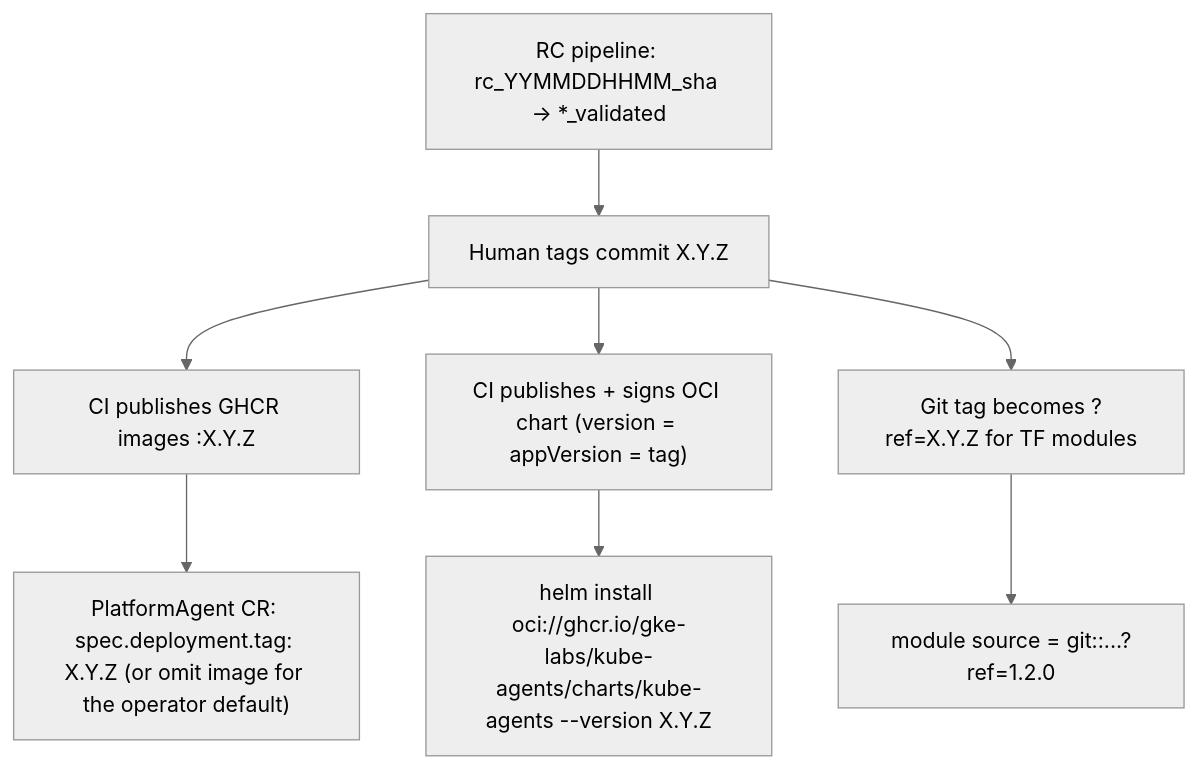
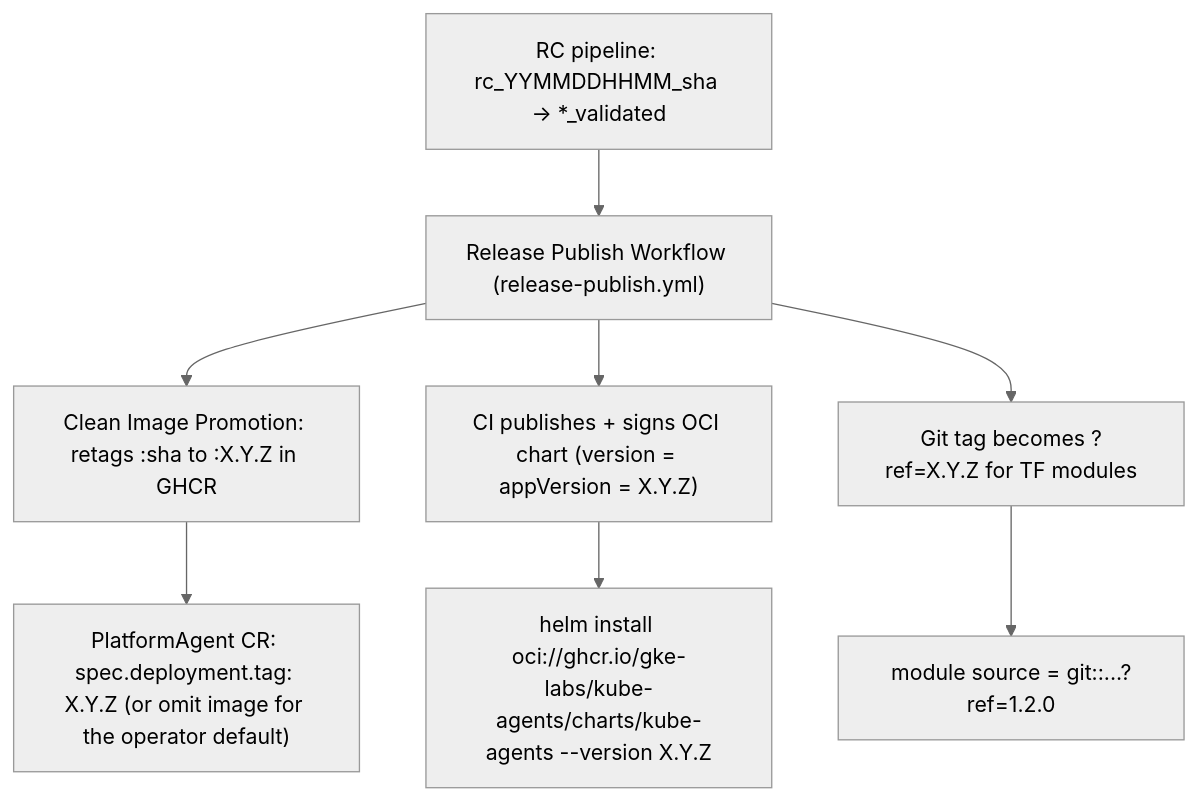
One commit to gke-agentic/kube-agents changed the diagram in docs/designs/semver-deployment-versioning.md. Above: the diagram before and after it, drawn with Mermaid (neutral theme). The commit also changed other lines of this file and 2 other files, not shown here.

Commit message:
docs(release): synchronize documentation with clean promotion and workflow dispatch

````diff
--- a/docs/designs/semver-deployment-versioning.md
+++ b/docs/designs/semver-deployment-versioning.md
@@ -51,10 +51,10 @@
 ```mermaid
 graph TD
-    A["RC pipeline: rc_YYMMDDHHMM_sha → *_validated"] --> B["Human tags commit X.Y.Z"]
-    B --> C["CI publishes GHCR images :X.Y.Z"]
-    B --> D["CI publishes + signs OCI chart (version = appVersion = tag)"]
+    A["RC pipeline: rc_YYMMDDHHMM_sha → *_validated"] --> B["Release Publish Workflow (release-publish.yml)"]
+    B --> C["Clean Image Promotion: retags :sha to :X.Y.Z in GHCR"]
+    B --> D["CI publishes + signs OCI chart (version = appVersion = X.Y.Z)"]
     B --> E["Git tag becomes ?ref=X.Y.Z for TF modules"]
     C --> F["PlatformAgent CR: spec.deployment.tag: X.Y.Z (or omit image for the operator default)"]
     D --> G["helm install oci://ghcr.io/gke-labs/kube-agents/charts/kube-agents --version X.Y.Z"]
     E --> H["module source = git::...?ref=1.2.0"]
 ```
````
